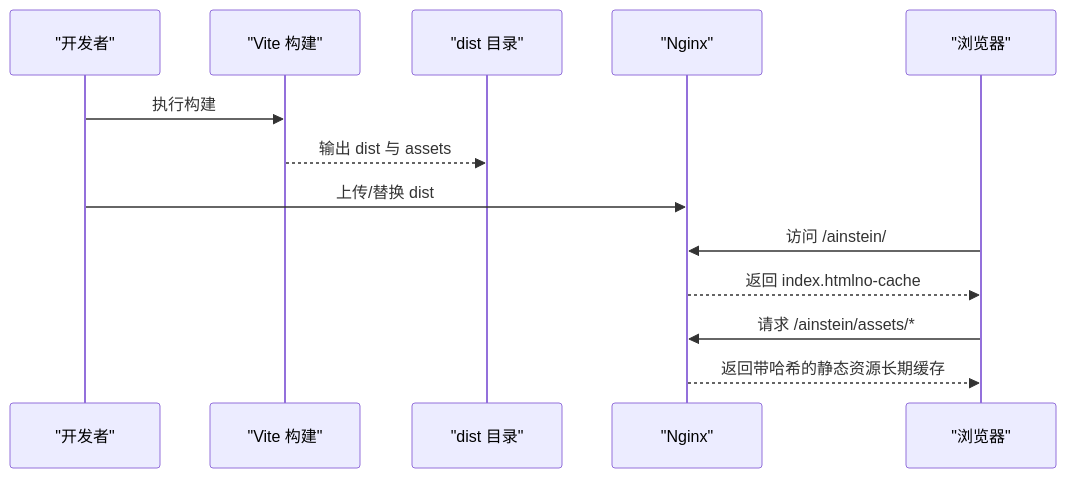
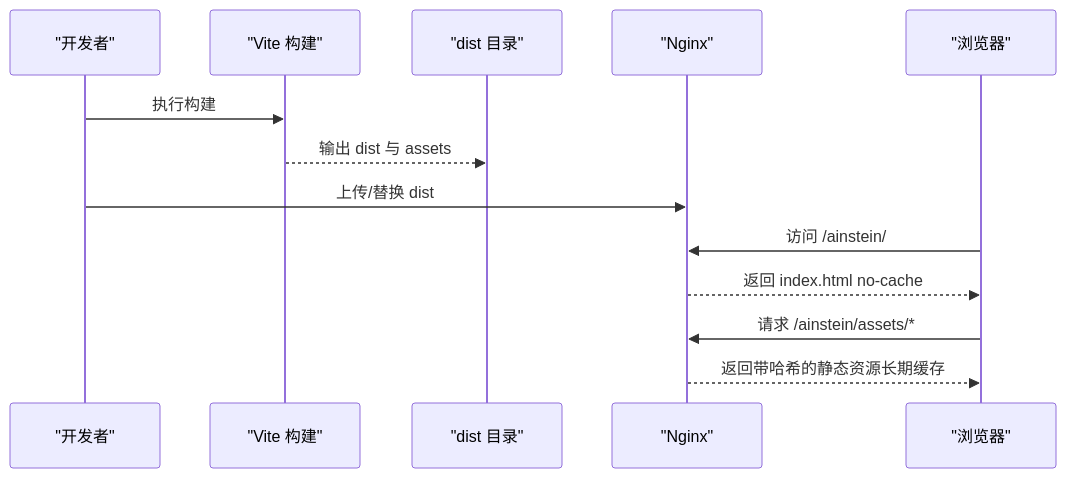
Before and after one commit to GDY-ai/ainstein: the fifth of 8 diagrams in .qoder/repowiki/zh/content/系统架构/部署架构.md, drawn with Mermaid. The commit also changed other lines of this file and 47 other files, not shown here.

````diff
--- a/.qoder/repowiki/zh/content/系统架构/部署架构.md
+++ b/.qoder/repowiki/zh/content/系统架构/部署架构.md
@@ -180,15 +224,15 @@
 ```mermaid
 sequenceDiagram
 participant Dev as "开发者"
 participant Vite as "Vite 构建"
 participant Dist as "dist 目录"
 participant Nginx as "Nginx"
 participant Browser as "浏览器"
 Dev->>Vite : 执行构建
 Vite-->>Dist : 输出 dist 与 assets
 Dev->>Nginx : 上传/替换 dist
 Browser->>Nginx : 访问 /ainstein/
-Nginx-->>Browser : 返回 index.htmlno-cache
+Nginx-->>Browser : 返回 index.html no-cache
 Browser->>Nginx : 请求 /ainstein/assets/*
 Nginx-->>Browser : 返回带哈希的静态资源长期缓存
 ```
````
